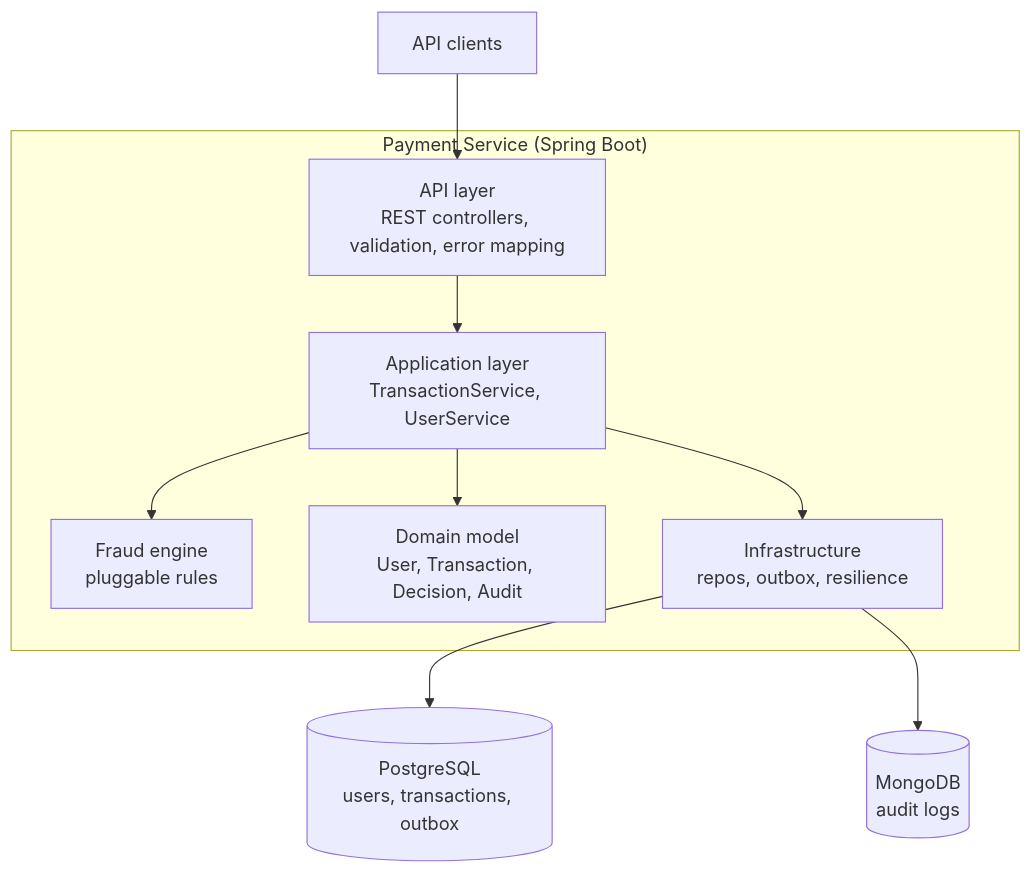
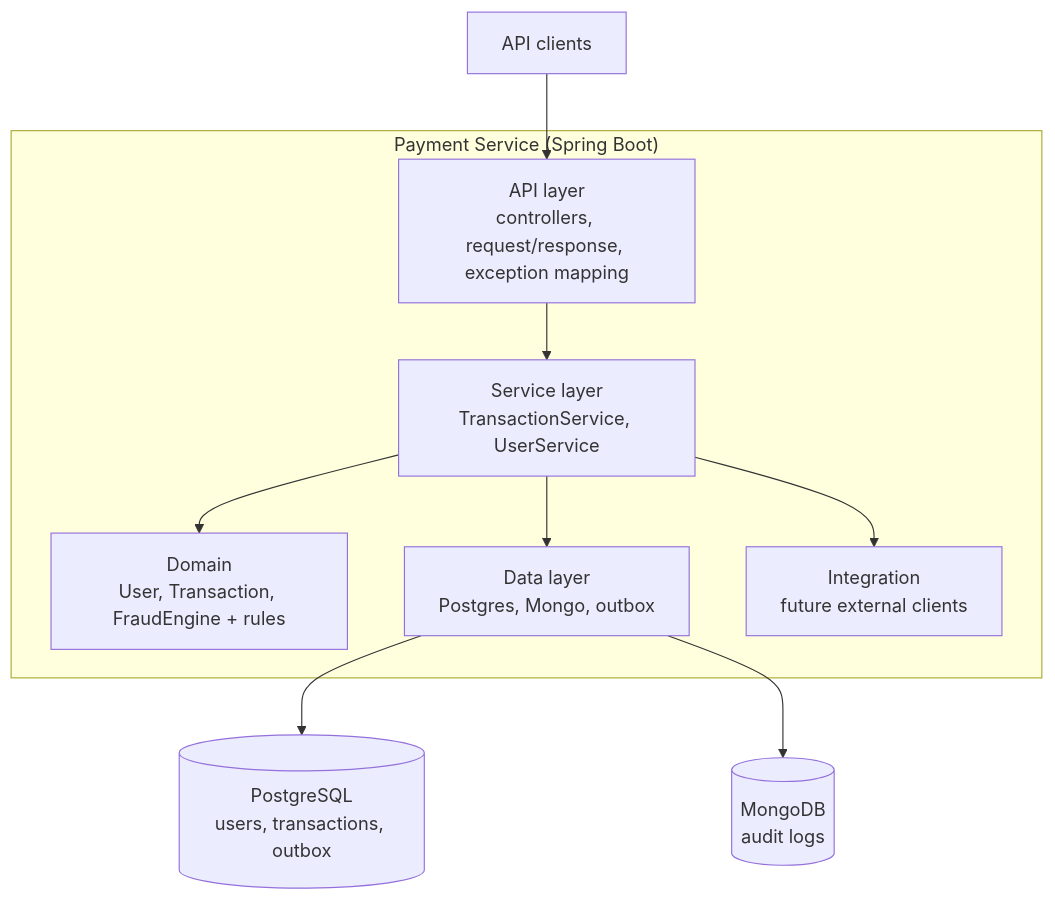
The first of 7 diagrams in docs/system-design.md (aaami1ster/payment-processing-system), drawn with Mermaid before and after one commit. The commit also changed other lines of this file, not shown here.

First line of the commit message:
docs: refine system design document with updated architecture

````diff
--- a/docs/system-design.md
+++ b/docs/system-design.md
@@ -71,23 +71,23 @@
 ```mermaid
 flowchart TB
     Client["API clients"]
 
     subgraph App["Payment Service (Spring Boot)"]
-        API["API layer<br/>REST controllers, validation, error mapping"]
-        AppSvc["Application layer<br/>TransactionService, UserService"]
-        Fraud["Fraud engine<br/>pluggable rules"]
-        Domain["Domain model<br/>User, Transaction, Decision, Audit"]
-        Infra["Infrastructure<br/>repos, outbox, resilience"]
+        API["API layer<br/>controllers, request/response, exception mapping"]
+        Svc["Service layer<br/>TransactionService, UserService"]
+        Domain["Domain<br/>User, Transaction, FraudEngine + rules"]
+        Data["Data layer<br/>Postgres, Mongo, outbox"]
+        Integ["Integration<br/>future external clients"]
     end
 
     PG[("PostgreSQL<br/>users, transactions, outbox")]
     Mongo[("MongoDB<br/>audit logs")]
 
     Client --> API
-    API --> AppSvc
-    AppSvc --> Fraud
-    AppSvc --> Domain
-    AppSvc --> Infra
-    Infra --> PG
-    Infra --> Mongo
+    API --> Svc
+    Svc --> Domain
+    Svc --> Data
+    Svc --> Integ
+    Data --> PG
+    Data --> Mongo
 ```
````
